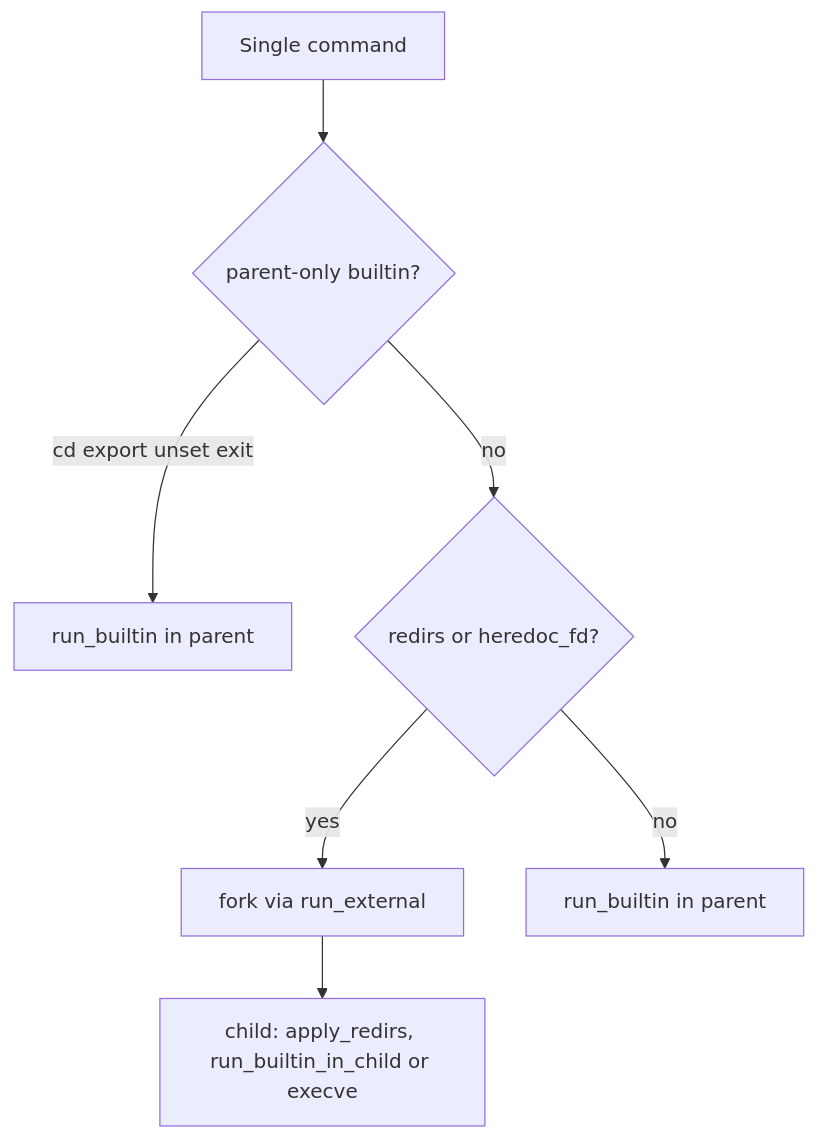
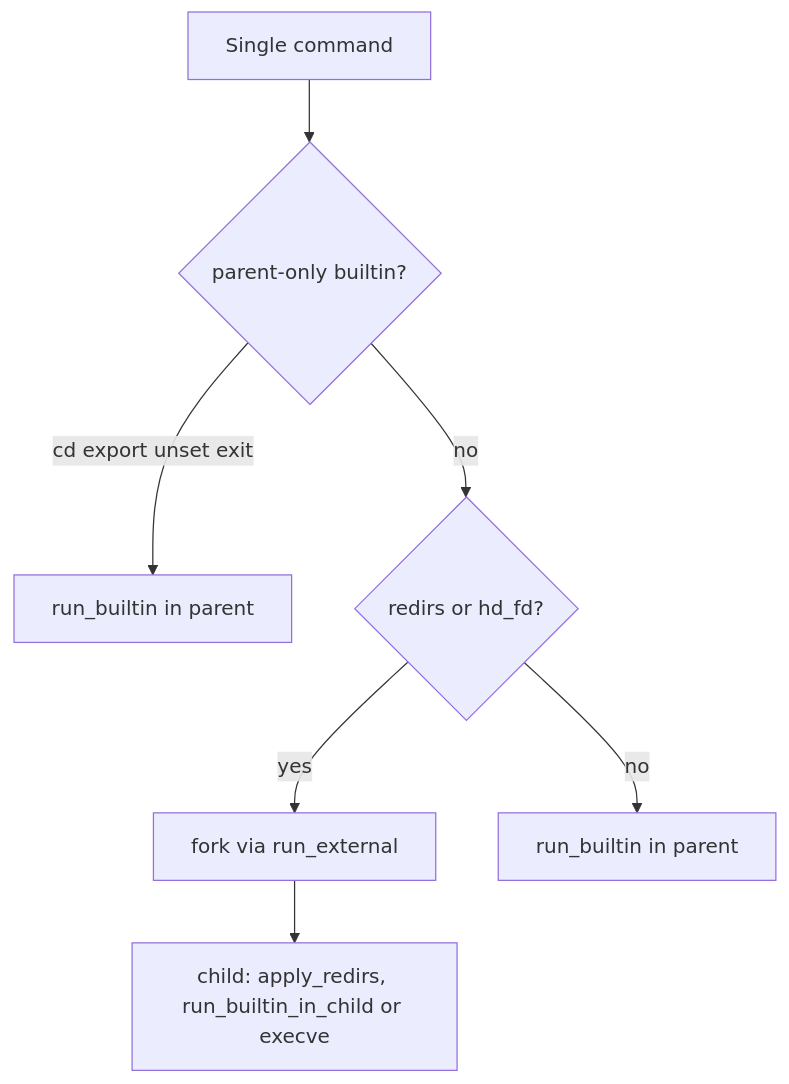
Before and after one commit to gkhavari/minishell: diagram 12 of 14 in docs/MINISHELL_ARCHITECTURE.md, drawn with Mermaid. The commit also changed other lines of this file and 56 other files, not shown here.

````diff
--- a/docs/MINISHELL_ARCHITECTURE.md
+++ b/docs/MINISHELL_ARCHITECTURE.md
@@ -845,9 +845,9 @@
 ```mermaid
 flowchart TD
     SC[Single command] --> MT{parent-only builtin?}
     MT -->|cd export unset exit| PAR[run_builtin in parent]
-    MT -->|no| RD{redirs or heredoc_fd?}
+    MT -->|no| RD{redirs or hd_fd?}
     RD -->|yes| FK[fork via run_external]
     RD -->|no| PAR2[run_builtin in parent]
     FK --> CH[child: apply_redirs, run_builtin_in_child or execve]
 ```
````
